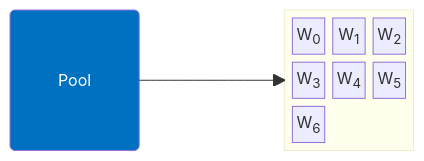
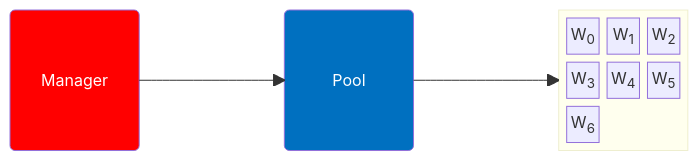
The second of 4 diagrams in docs/slidev/slides/Workflow-0.0.md (duclos-cavalcanti/TreeBuilder), drawn with Mermaid before and after one commit. The commit also changed other lines of this file and 11 other files, not shown here.

````diff
--- a/docs/slidev/slides/Workflow-0.0.md
+++ b/docs/slidev/slides/Workflow-0.0.md
@@ -39,17 +39,22 @@
 ```mermaid
 block-beta
+    M("<font color=white>Manager")
+    space
     P("<font color=white>Pool ")
     space
     block:workers
         columns 3
         W0["W<sub>0</sub>"] 
         W1["W<sub>1</sub>"]
         W2["W<sub>2</sub>"]
         W3["W<sub>3</sub>"]
         W4["W<sub>4</sub>"]
         W5["W<sub>5</sub>"]
         W6["W<sub>6</sub>"]
     end
+    M-->P
     P-->workers
+
+    style M fill:#FF0000
     style P fill:#0070C0
 ```
````
